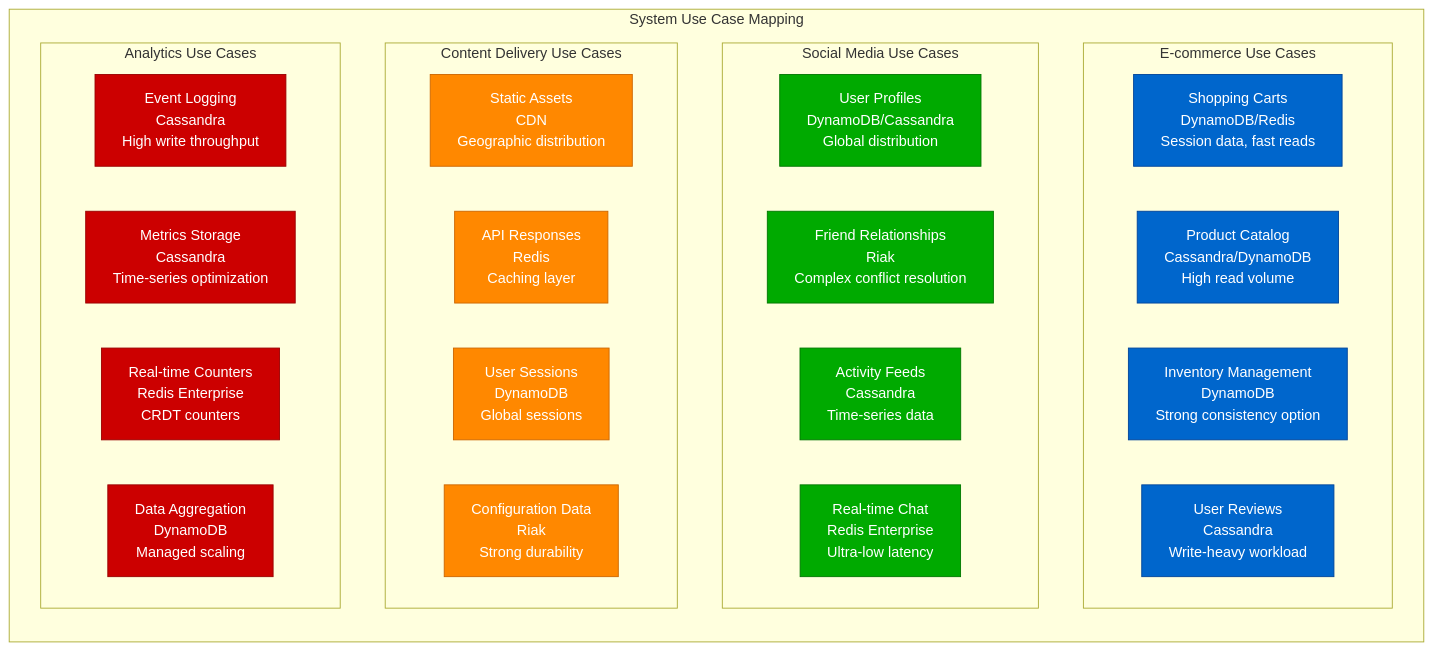
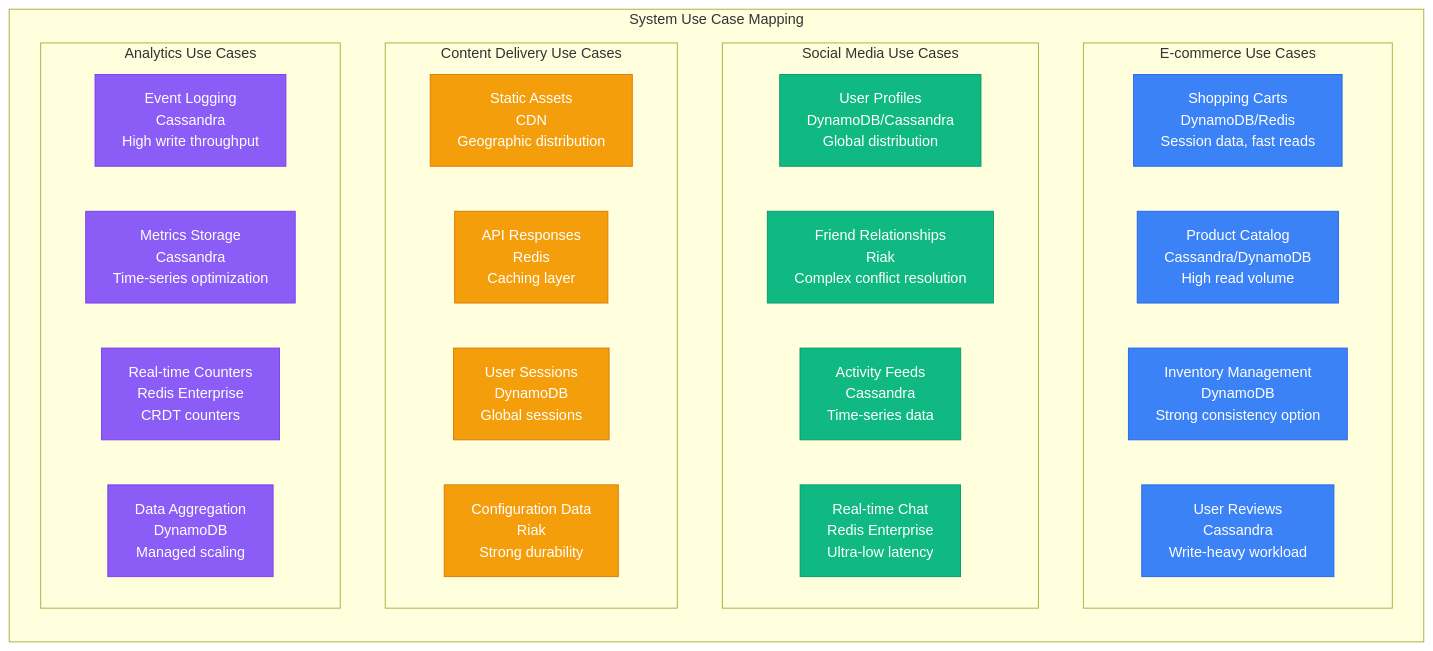
One commit to deepaucksharma/DS changed the tenth of 12 diagrams in site/docs/guarantees/eventual-consistency/eventual-consistency-examples.md. Above: the diagram before and after it, drawn with Mermaid. The commit also changed other lines of this file and 303 other files, not shown here.

````diff
--- a/site/docs/guarantees/eventual-consistency/eventual-consistency-examples.md
+++ b/site/docs/guarantees/eventual-consistency/eventual-consistency-examples.md
@@ -486,42 +486,42 @@
 ```mermaid
 graph LR
     subgraph UseCaseMapping[System Use Case Mapping]
         subgraph ECommerceUseCases[E-commerce Use Cases]
             EC1[Shopping Carts<br/>DynamoDB/Redis<br/>Session data, fast reads]
             EC2[Product Catalog<br/>Cassandra/DynamoDB<br/>High read volume]
             EC3[Inventory Management<br/>DynamoDB<br/>Strong consistency option]
             EC4[User Reviews<br/>Cassandra<br/>Write-heavy workload]
         end
 
         subgraph SocialMediaUseCases[Social Media Use Cases]
             SM1[User Profiles<br/>DynamoDB/Cassandra<br/>Global distribution]
             SM2[Friend Relationships<br/>Riak<br/>Complex conflict resolution]
             SM3[Activity Feeds<br/>Cassandra<br/>Time-series data]
             SM4[Real-time Chat<br/>Redis Enterprise<br/>Ultra-low latency]
         end
 
         subgraph ContentDeliveryUseCases[Content Delivery Use Cases]
             CD1[Static Assets<br/>CDN<br/>Geographic distribution]
             CD2[API Responses<br/>Redis<br/>Caching layer]
             CD3[User Sessions<br/>DynamoDB<br/>Global sessions]
             CD4[Configuration Data<br/>Riak<br/>Strong durability]
         end
 
         subgraph AnalyticsUseCases[Analytics Use Cases]
             AN1[Event Logging<br/>Cassandra<br/>High write throughput]
             AN2[Metrics Storage<br/>Cassandra<br/>Time-series optimization]
             AN3[Real-time Counters<br/>Redis Enterprise<br/>CRDT counters]
             AN4[Data Aggregation<br/>DynamoDB<br/>Managed scaling]
         end
     end
 
-    classDef ecommerceStyle fill:#0066CC,stroke:#004499,color:#fff
-    classDef socialStyle fill:#00AA00,stroke:#007700,color:#fff
-    classDef contentStyle fill:#FF8800,stroke:#CC6600,color:#fff
-    classDef analyticsStyle fill:#CC0000,stroke:#990000,color:#fff
+    classDef ecommerceStyle fill:#3B82F6,stroke:#2563EB,color:#fff
+    classDef socialStyle fill:#10B981,stroke:#059669,color:#fff
+    classDef contentStyle fill:#F59E0B,stroke:#D97706,color:#fff
+    classDef analyticsStyle fill:#8B5CF6,stroke:#7C3AED,color:#fff
 
     class EC1,EC2,EC3,EC4 ecommerceStyle
     class SM1,SM2,SM3,SM4 socialStyle
     class CD1,CD2,CD3,CD4 contentStyle
     class AN1,AN2,AN3,AN4 analyticsStyle
 ```
````
